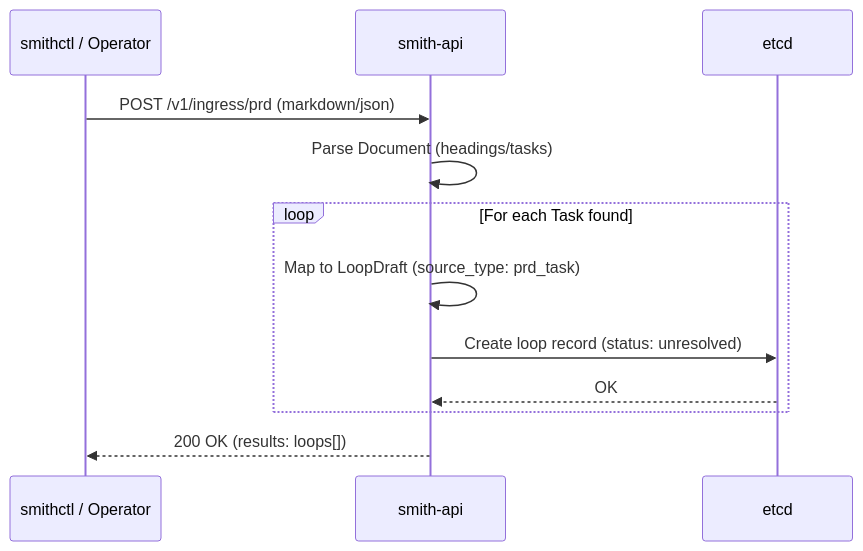
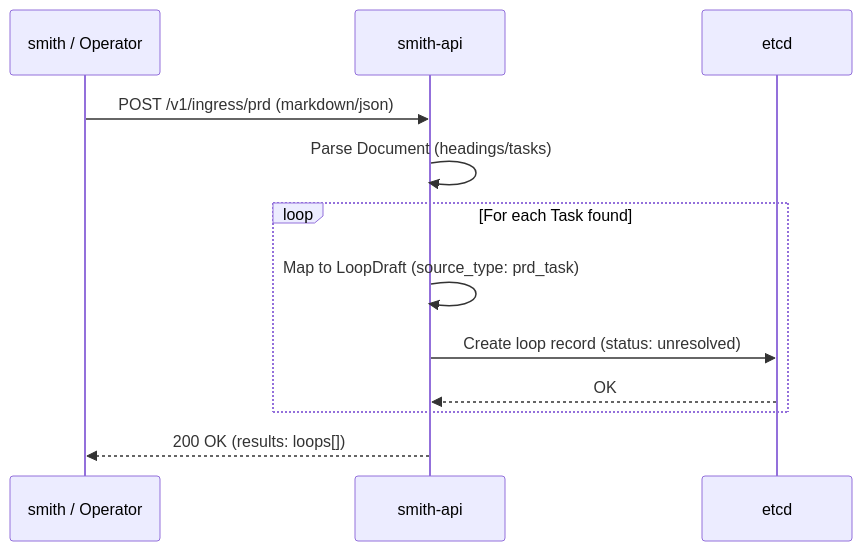
One commit to mrkplt/smith changed the second of 7 diagrams in docs/loop-ingress-and-cli.md. Above: the diagram before and after it, drawn with Mermaid. The commit also changed other lines of this file and 47 other files, not shown here.

Commit message:
refactor(cli): consolidate operator and replica flows under smith

````diff
--- a/docs/loop-ingress-and-cli.md
+++ b/docs/loop-ingress-and-cli.md
@@ -40,15 +40,15 @@
 ```mermaid
 sequenceDiagram
-    participant client as smithctl / Operator
+    participant client as smith / Operator
     participant api as smith-api
     participant etcd as etcd
 
     client->>api: POST /v1/ingress/prd (markdown/json)
     api->>api: Parse Document (headings/tasks)
     loop For each Task found
         api->>api: Map to LoopDraft (source_type: prd_task)
         api->>etcd: Create loop record (status: unresolved)
         etcd-->>api: OK
     end
     api-->>client: 200 OK (results: loops[])
 ```
````
